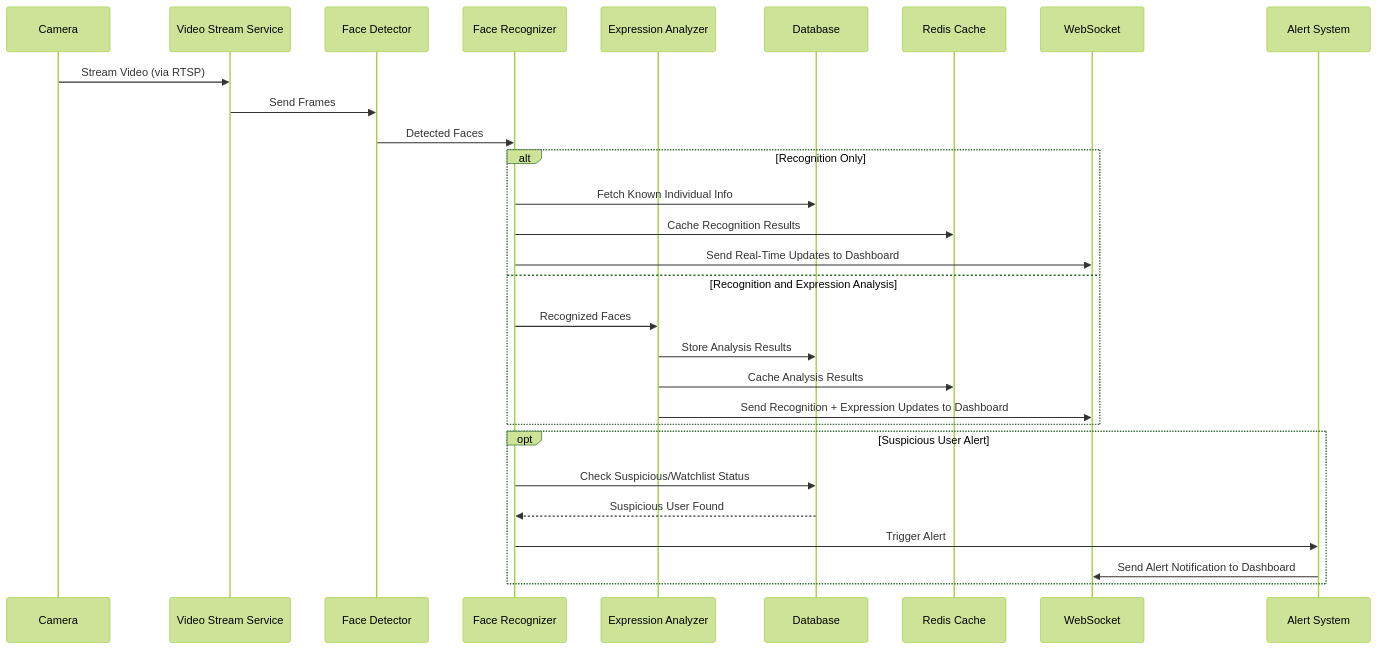
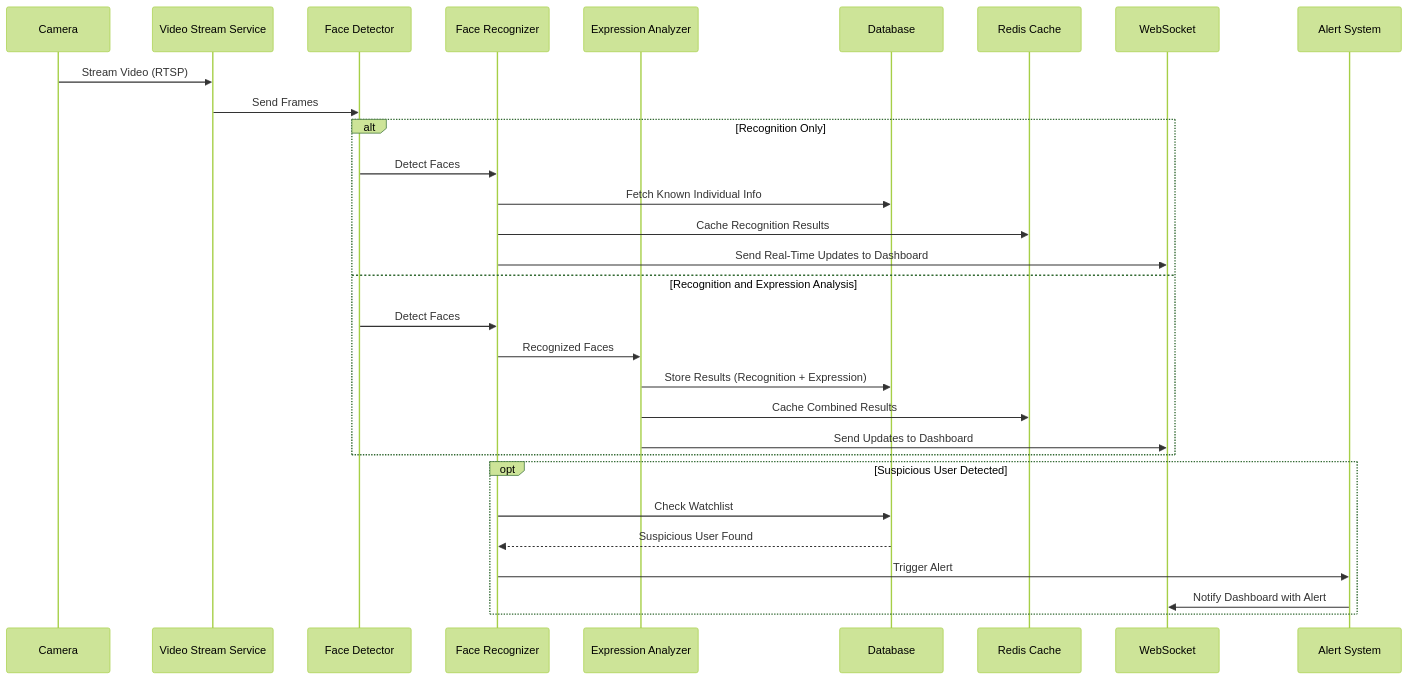
One commit to usanaphtal112/Rw-eye-01 changed the first of 2 diagrams in Documentations/rw_eye.md. Above: the diagram before and after it, drawn with Mermaid (forest theme). The commit also changed other lines of this file, not shown here.

Commit message:
Modified documentation with alert system

````diff
--- a/Documentations/rw_eye.md
+++ b/Documentations/rw_eye.md
@@ -59,34 +63,35 @@
 ```mermaid
 sequenceDiagram
     participant C as Camera
     participant VS as Video Stream Service
     participant FD as Face Detector
     participant FR as Face Recognizer
     participant EA as Expression Analyzer
     participant DB as Database
     participant RC as Redis Cache
     participant WS as WebSocket
     participant AS as Alert System
 
-    C->>VS: Stream Video (via RTSP)
+    C->>VS: Stream Video (RTSP)
     VS->>FD: Send Frames
-    FD->>FR: Detected Faces
+
     alt Recognition Only
+        FD->>FR: Detect Faces
         FR->>DB: Fetch Known Individual Info
         FR->>RC: Cache Recognition Results
         FR->>WS: Send Real-Time Updates to Dashboard
     else Recognition and Expression Analysis
+        FD->>FR: Detect Faces
         FR->>EA: Recognized Faces
-        EA->>DB: Store Analysis Results
-        EA->>RC: Cache Analysis Results
-        EA->>WS: Send Recognition + Expression Updates to Dashboard
+        EA->>DB: Store Results (Recognition + Expression)
+        EA->>RC: Cache Combined Results
+        EA->>WS: Send Updates to Dashboard
     end
-    opt Suspicious User Alert
-        FR->>DB: Check Suspicious/Watchlist Status
+
+    opt Suspicious User Detected
+        FR->>DB: Check Watchlist
         DB-->>FR: Suspicious User Found
         FR->>AS: Trigger Alert
-        AS->>WS: Send Alert Notification to Dashboard
+        AS->>WS: Notify Dashboard with Alert
     end
-
-
 ```
````
